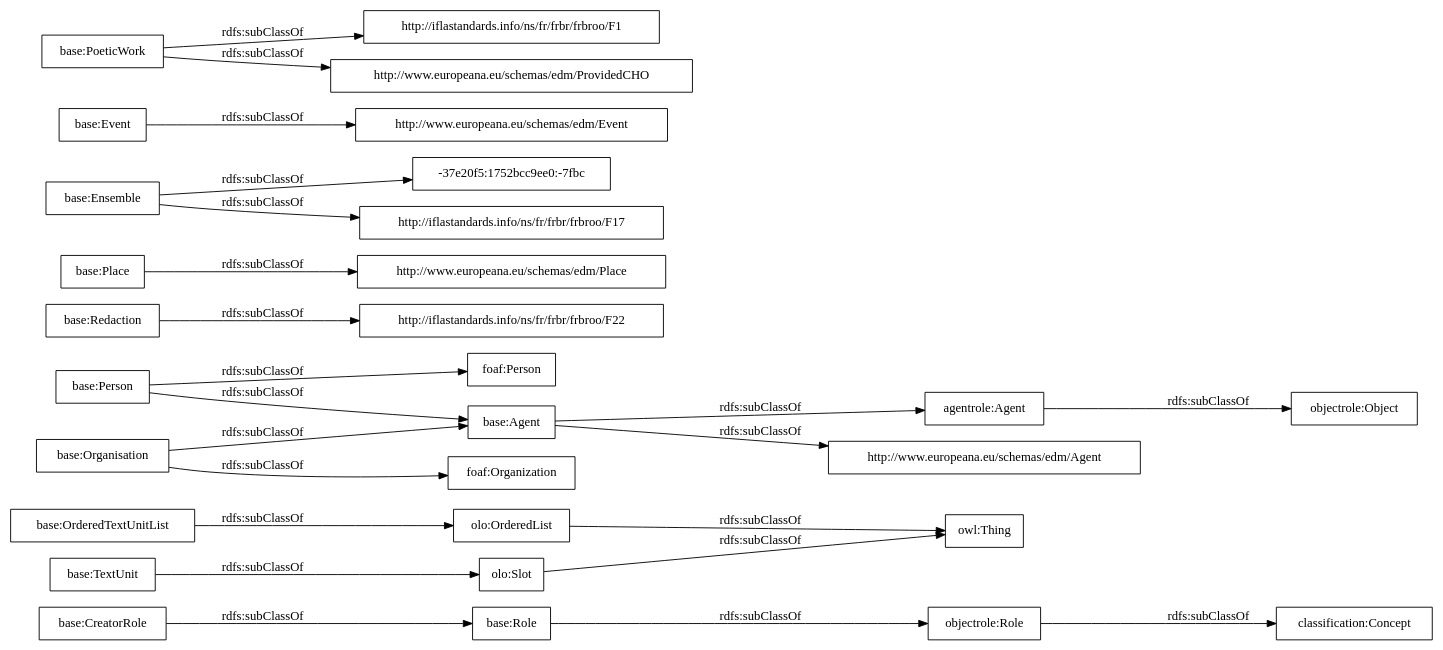
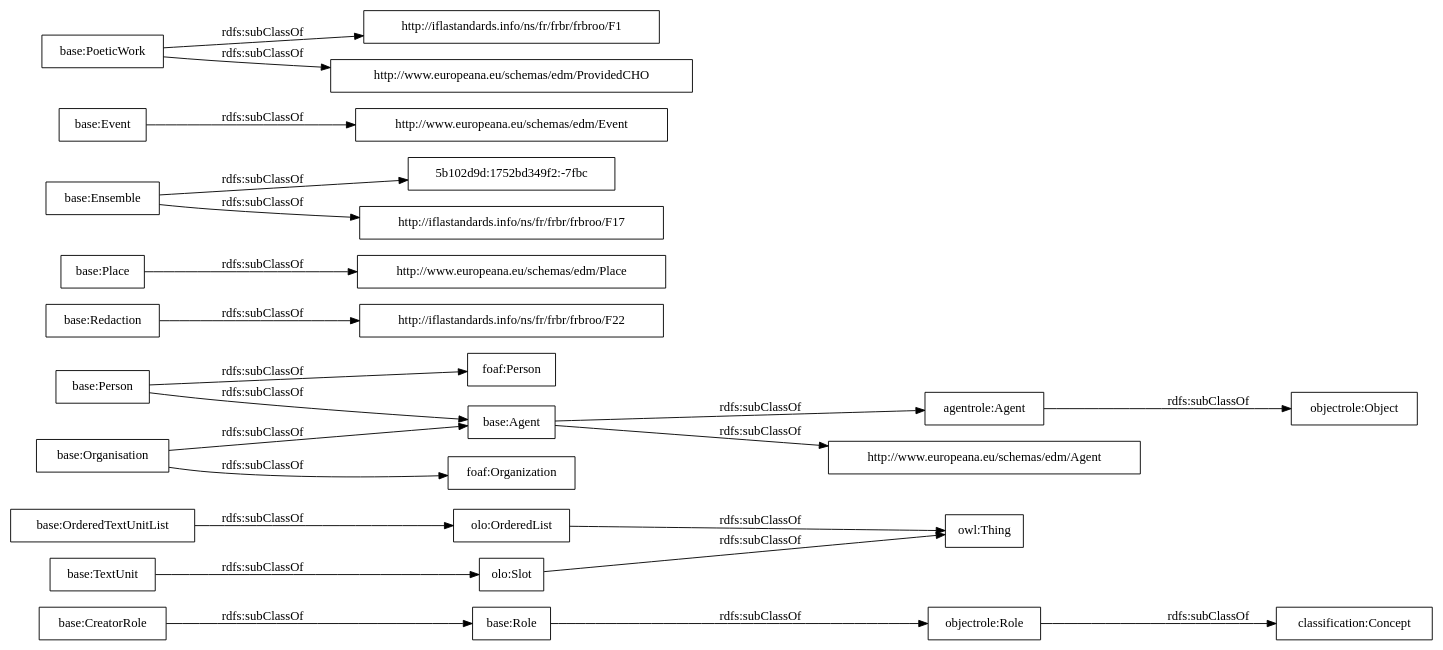
The diagram in OnToology/postdata-core.owl/diagrams/ar2dtool-taxonomy/postdata-core.owl.png.dot (OnToologyUser/core-ontology-1), drawn with Graphviz before and after one commit. The commit also changed 14 other files, not shown here.

```diff
--- a/OnToology/postdata-core.owl/diagrams/ar2dtool-taxonomy/postdata-core.owl.png.dot
+++ b/OnToology/postdata-core.owl/diagrams/ar2dtool-taxonomy/postdata-core.owl.png.dot
@@ -1,27 +1,27 @@
 digraph ar2dtool_diagram { 
 rankdir=LR;
 size="1000"
-node [shape = rectangle, color="black"]; "base:Role" "base:OrderedTextUnitList" "agentrole:Agent" "http://iflastandards.info/ns/fr/frbr/frbroo/F22" "http://www.europeana.eu/schemas/edm/Agent" "base:Agent" "base:CreatorRole" "base:Person" "base:Organisation" "http://www.europeana.eu/schemas/edm/Place" "base:Redaction" "base:Ensemble" "foaf:Person" "http://www.europeana.eu/schemas/edm/Event" "base:TextUnit" "http://iflastandards.info/ns/fr/frbr/frbroo/F1" "foaf:Organization" "-37e20f5:1752bcc9ee0:-7fbc" "http://www.europeana.eu/schemas/edm/ProvidedCHO" "base:Place" "base:Event" "base:PoeticWork" "http://iflastandards.info/ns/fr/frbr/frbroo/F17" "owl:Thing" "objectrole:Role" "objectrole:Object" "olo:Slot" "olo:OrderedList" "classification:Concept" ; /*classes style*/
+node [shape = rectangle, color="black"]; "base:Role" "base:OrderedTextUnitList" "agentrole:Agent" "http://iflastandards.info/ns/fr/frbr/frbroo/F22" "http://www.europeana.eu/schemas/edm/Agent" "base:Agent" "base:CreatorRole" "base:Person" "base:Organisation" "http://www.europeana.eu/schemas/edm/Place" "base:Redaction" "base:Ensemble" "foaf:Person" "5b102d9d:1752bd349f2:-7fbc" "http://www.europeana.eu/schemas/edm/Event" "base:TextUnit" "http://iflastandards.info/ns/fr/frbr/frbroo/F1" "foaf:Organization" "http://www.europeana.eu/schemas/edm/ProvidedCHO" "base:Place" "base:Event" "base:PoeticWork" "http://iflastandards.info/ns/fr/frbr/frbroo/F17" "owl:Thing" "objectrole:Role" "objectrole:Object" "olo:Slot" "olo:OrderedList" "classification:Concept" ; /*classes style*/
 	"base:Redaction" -> "http://iflastandards.info/ns/fr/frbr/frbroo/F22" [ label = "rdfs:subClassOf" ];
 	"base:Role" -> "objectrole:Role" [ label = "rdfs:subClassOf" ];
 	"base:Event" -> "http://www.europeana.eu/schemas/edm/Event" [ label = "rdfs:subClassOf" ];
 	"base:Person" -> "foaf:Person" [ label = "rdfs:subClassOf" ];
 	"base:Person" -> "base:Agent" [ label = "rdfs:subClassOf" ];
 	"olo:OrderedList" -> "owl:Thing" [ label = "rdfs:subClassOf" ];
 	"olo:Slot" -> "owl:Thing" [ label = "rdfs:subClassOf" ];
 	"base:PoeticWork" -> "http://www.europeana.eu/schemas/edm/ProvidedCHO" [ label = "rdfs:subClassOf" ];
 	"base:PoeticWork" -> "http://iflastandards.info/ns/fr/frbr/frbroo/F1" [ label = "rdfs:subClassOf" ];
 	"base:TextUnit" -> "olo:Slot" [ label = "rdfs:subClassOf" ];
 	"agentrole:Agent" -> "objectrole:Object" [ label = "rdfs:subClassOf" ];
-	"base:Ensemble" -> "-37e20f5:1752bcc9ee0:-7fbc" [ label = "rdfs:subClassOf" ];
+	"base:Ensemble" -> "5b102d9d:1752bd349f2:-7fbc" [ label = "rdfs:subClassOf" ];
 	"base:Ensemble" -> "http://iflastandards.info/ns/fr/frbr/frbroo/F17" [ label = "rdfs:subClassOf" ];
 	"base:OrderedTextUnitList" -> "olo:OrderedList" [ label = "rdfs:subClassOf" ];
 	"base:Agent" -> "agentrole:Agent" [ label = "rdfs:subClassOf" ];
 	"base:Agent" -> "http://www.europeana.eu/schemas/edm/Agent" [ label = "rdfs:subClassOf" ];
 	"objectrole:Role" -> "classification:Concept" [ label = "rdfs:subClassOf" ];
 	"base:Place" -> "http://www.europeana.eu/schemas/edm/Place" [ label = "rdfs:subClassOf" ];
 	"base:Organisation" -> "foaf:Organization" [ label = "rdfs:subClassOf" ];
 	"base:Organisation" -> "base:Agent" [ label = "rdfs:subClassOf" ];
 	"base:CreatorRole" -> "base:Role" [ label = "rdfs:subClassOf" ];
 
 }
```
